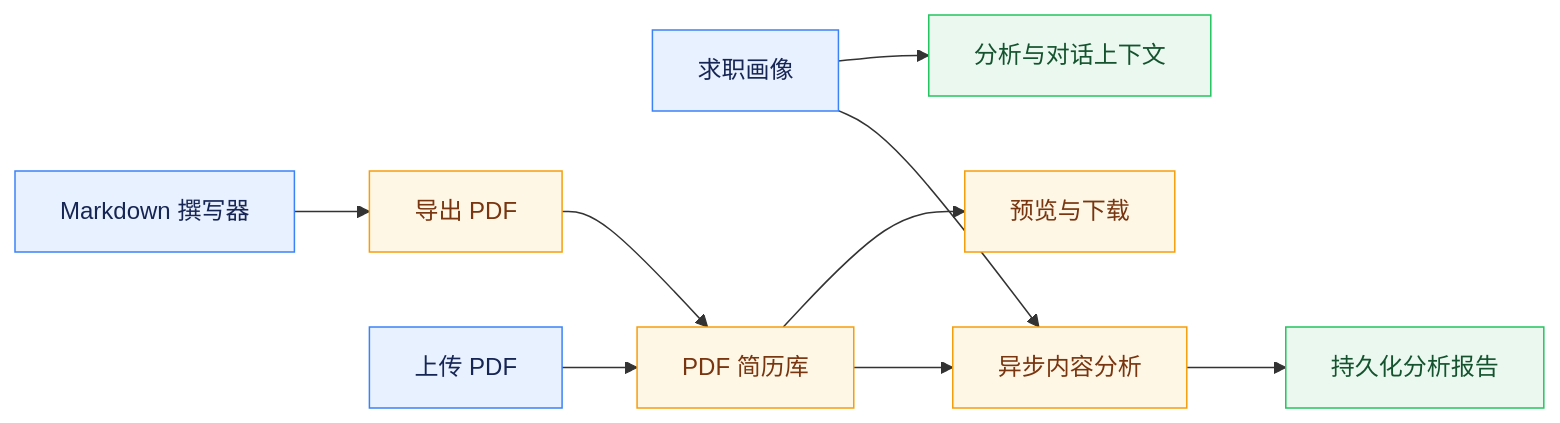
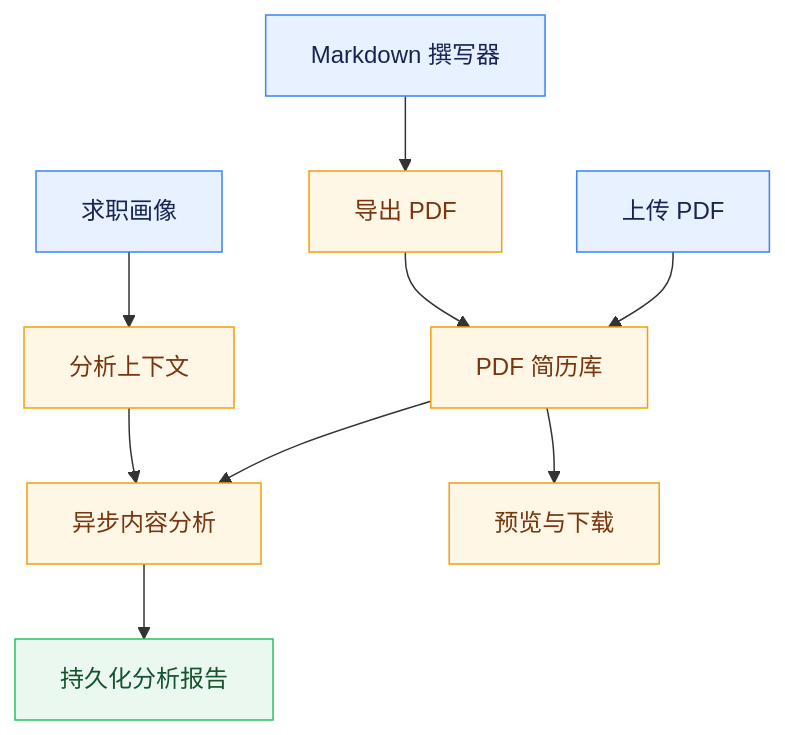
The first of 2 diagrams in agent-doc/业务功能/简历管理、画像与分析.md (Logistic98/job-buddy), drawn with Mermaid before and after one commit. The commit also changed other lines of this file and 32 other files, not shown here.

````diff
--- a/agent-doc/业务功能/简历管理、画像与分析.md
+++ b/agent-doc/业务功能/简历管理、画像与分析.md
@@ -12,18 +9,18 @@
 ```mermaid
-graph LR
-    PROFILE[求职画像] --> CONTEXT[分析与对话上下文]
+graph TD
+    PROFILE[求职画像] --> CONTEXT[分析上下文]
+    CONTEXT --> ANALYSIS
     WRITER[Markdown 撰写器] --> EXPORT[导出 PDF]
     EXPORT --> LIB[PDF 简历库]
     UPLOAD[上传 PDF] --> LIB
     LIB --> PREVIEW[预览与下载]
     LIB --> ANALYSIS[异步内容分析]
-    PROFILE --> ANALYSIS
     ANALYSIS --> REPORT[持久化分析报告]
 
     classDef source fill:#E8F1FF,stroke:#3B82F6,color:#172554;
     classDef process fill:#FFF7E6,stroke:#F59E0B,color:#78350F;
     classDef result fill:#EAF8F0,stroke:#22C55E,color:#14532D;
     class PROFILE,WRITER,UPLOAD source;
-    class EXPORT,LIB,PREVIEW,ANALYSIS process;
-    class CONTEXT,REPORT result;
+    class CONTEXT,EXPORT,LIB,PREVIEW,ANALYSIS process;
+    class REPORT result;
 ```
````
